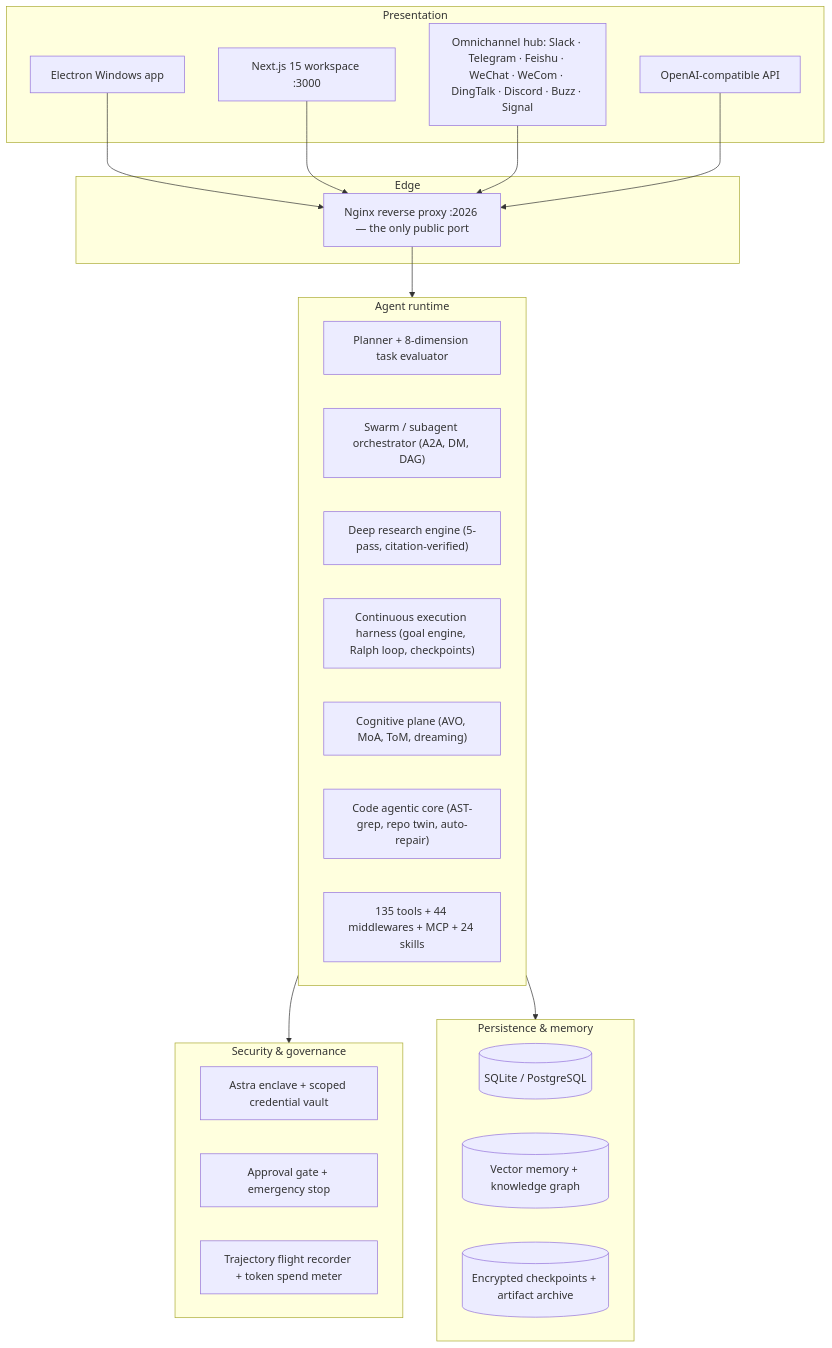
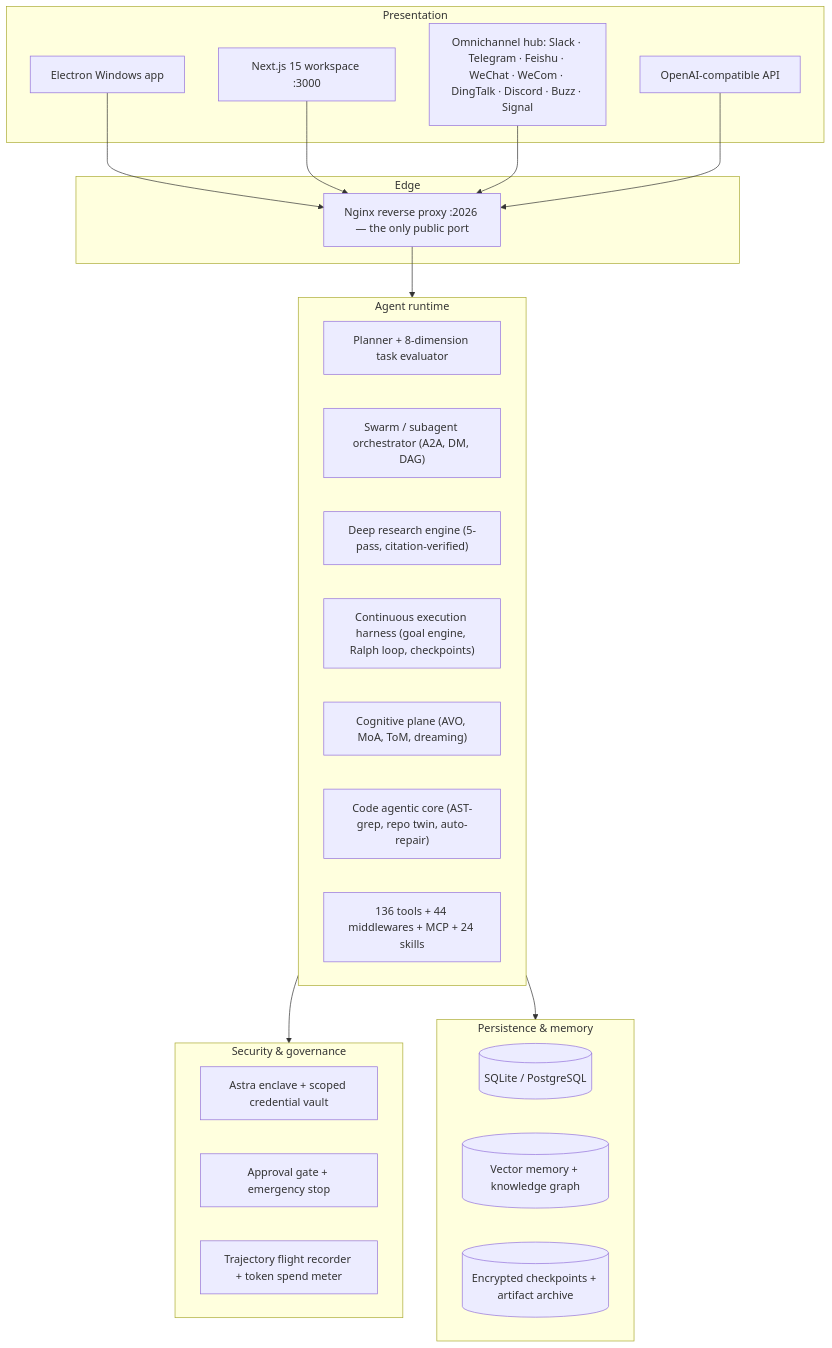
The diagram in README.md (itsPremkumar/alpha), drawn with Mermaid before and after one commit. The commit also changed other lines of this file and 7 other files, not shown here.

````diff
--- a/README.md
+++ b/README.md
@@ -135,43 +135,43 @@
 ```mermaid
 flowchart TB
     subgraph Presentation ["Presentation"]
         Electron["Electron Windows app"]
         Web["Next.js 15 workspace :3000"]
         IM["Omnichannel hub: Slack · Telegram · Feishu · WeChat · WeCom · DingTalk · Discord · Buzz · Signal"]
         OpenAICompat["OpenAI-compatible API"]
     end
 
     subgraph Edge ["Edge"]
         Nginx["Nginx reverse proxy :2026 — the only public port"]
     end
 
     subgraph Runtime ["Agent runtime"]
         Planner["Planner + 8-dimension task evaluator"]
         Orchestrator["Swarm / subagent orchestrator (A2A, DM, DAG)"]
         Research["Deep research engine (5-pass, citation-verified)"]
         Harness["Continuous execution harness (goal engine, Ralph loop, checkpoints)"]
         Cognition["Cognitive plane (AVO, MoA, ToM, dreaming)"]
         CodeCore["Code agentic core (AST-grep, repo twin, auto-repair)"]
-        Tools["135 tools + 44 middlewares + MCP + 24 skills"]
+        Tools["136 tools + 44 middlewares + MCP + 24 skills"]
     end
 
     subgraph Security ["Security & governance"]
         Astra["Astra enclave + scoped credential vault"]
         Approval["Approval gate + emergency stop"]
         Audit["Trajectory flight recorder + token spend meter"]
     end
 
     subgraph Storage ["Persistence & memory"]
         DB[("SQLite / PostgreSQL")]
         Mem[("Vector memory + knowledge graph")]
         CKPT[("Encrypted checkpoints + artifact archive")]
     end
 
     Electron --> Nginx
     Web --> Nginx
     IM --> Nginx
     OpenAICompat --> Nginx
     Nginx --> Runtime
     Runtime --> Security
     Runtime --> Storage
 ```
````
